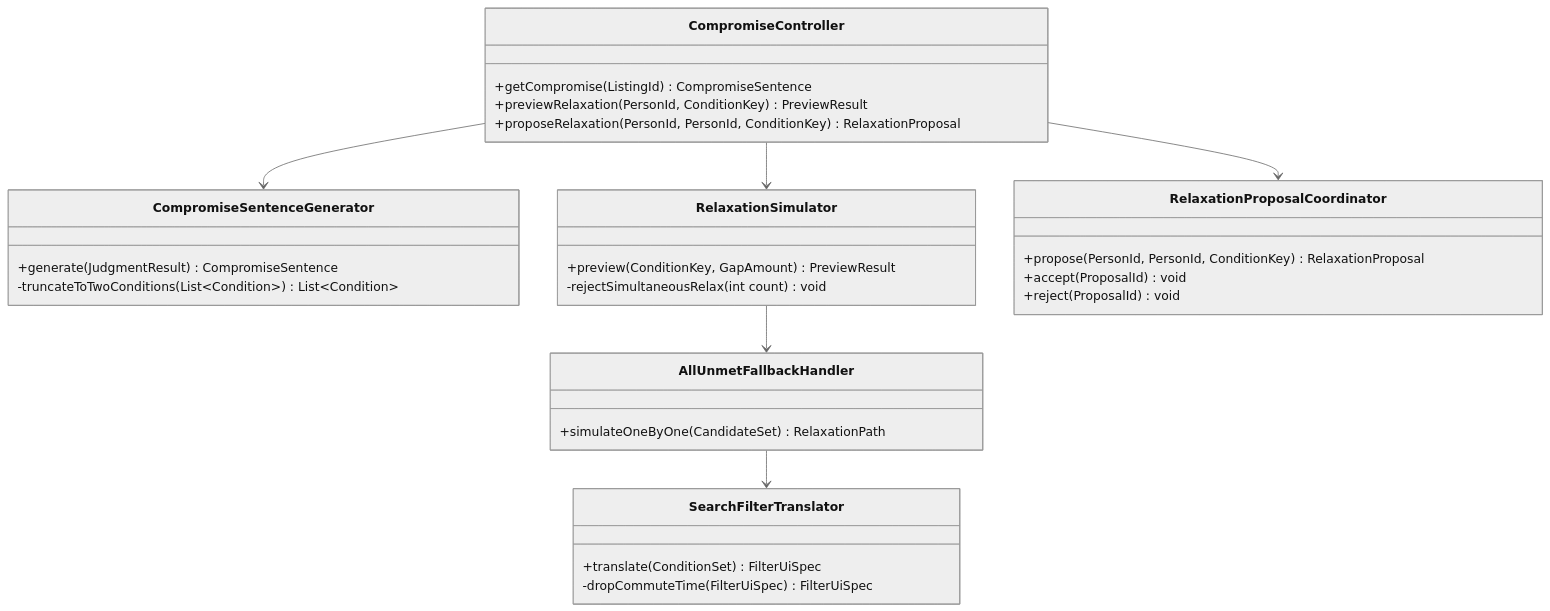
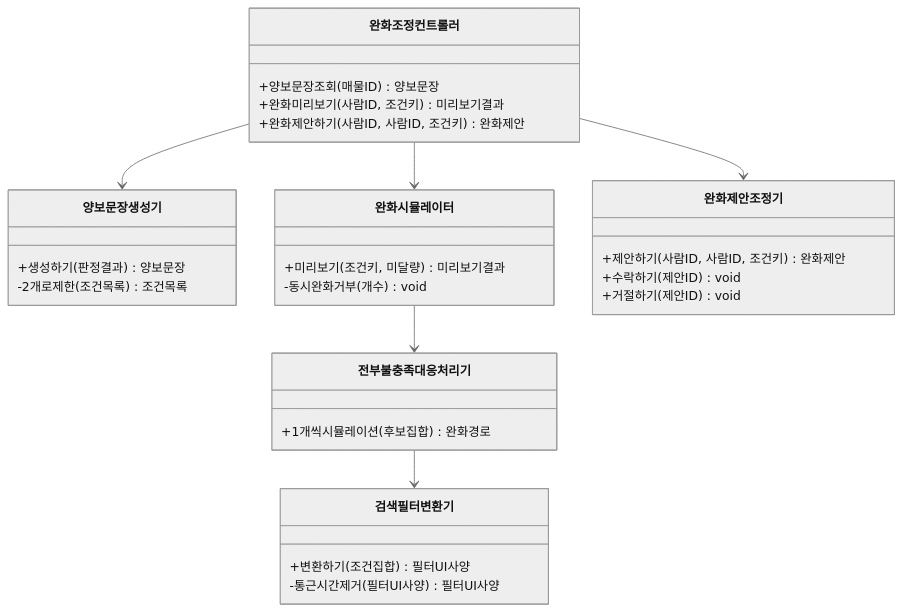
Before and after one commit to soobworks/SRS_project: diagram 12 of 23 in SRS_project/같이보기-technical-design-v1_0.md, drawn with Mermaid (neutral theme). The commit also changed other lines of this file, not shown here.

First line of the commit message:
Translate class/sequence diagram identifiers in TDD §4-5 to Korean

````diff
--- a/SRS_project/같이보기-technical-design-v1_0.md
+++ b/SRS_project/같이보기-technical-design-v1_0.md
@@ -570,34 +570,34 @@
 ```mermaid
 classDiagram
-    class CompromiseController {
-        +getCompromise(ListingId) CompromiseSentence
-        +previewRelaxation(PersonId, ConditionKey) PreviewResult
-        +proposeRelaxation(PersonId, PersonId, ConditionKey) RelaxationProposal
+    class 완화조정컨트롤러 {
+        +양보문장조회(매물ID) 양보문장
+        +완화미리보기(사람ID, 조건키) 미리보기결과
+        +완화제안하기(사람ID, 사람ID, 조건키) 완화제안
     }
-    class CompromiseSentenceGenerator {
-        +generate(JudgmentResult) CompromiseSentence
-        -truncateToTwoConditions(List~Condition~) List~Condition~
+    class 양보문장생성기 {
+        +생성하기(판정결과) 양보문장
+        -2개로제한(조건목록) 조건목록
     }
-    class RelaxationSimulator {
-        +preview(ConditionKey, GapAmount) PreviewResult
-        -rejectSimultaneousRelax(int count) void
+    class 완화시뮬레이터 {
+        +미리보기(조건키, 미달량) 미리보기결과
+        -동시완화거부(개수) void
     }
-    class RelaxationProposalCoordinator {
-        +propose(PersonId, PersonId, ConditionKey) RelaxationProposal
-        +accept(ProposalId) void
-        +reject(ProposalId) void
+    class 완화제안조정기 {
+        +제안하기(사람ID, 사람ID, 조건키) 완화제안
+        +수락하기(제안ID) void
+        +거절하기(제안ID) void
     }
-    class AllUnmetFallbackHandler {
-        +simulateOneByOne(CandidateSet) RelaxationPath
+    class 전부불충족대응처리기 {
+        +1개씩시뮬레이션(후보집합) 완화경로
     }
-    class SearchFilterTranslator {
-        +translate(ConditionSet) FilterUiSpec
-        -dropCommuteTime(FilterUiSpec) FilterUiSpec
+    class 검색필터변환기 {
+        +변환하기(조건집합) 필터UI사양
+        -통근시간제거(필터UI사양) 필터UI사양
     }
 
-    CompromiseController --> CompromiseSentenceGenerator
-    CompromiseController --> RelaxationSimulator
-    CompromiseController --> RelaxationProposalCoordinator
-    RelaxationSimulator --> AllUnmetFallbackHandler
-    AllUnmetFallbackHandler --> SearchFilterTranslator
+    완화조정컨트롤러 --> 양보문장생성기
+    완화조정컨트롤러 --> 완화시뮬레이터
+    완화조정컨트롤러 --> 완화제안조정기
+    완화시뮬레이터 --> 전부불충족대응처리기
+    전부불충족대응처리기 --> 검색필터변환기
 ```
````
